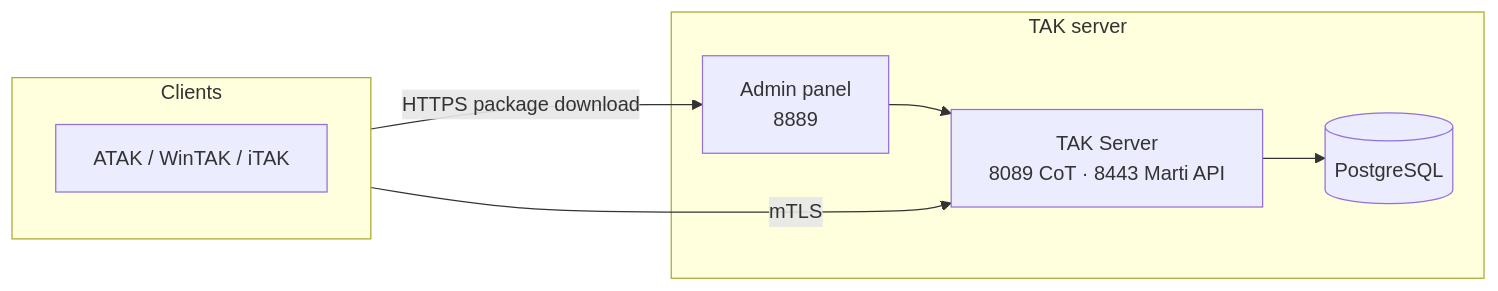
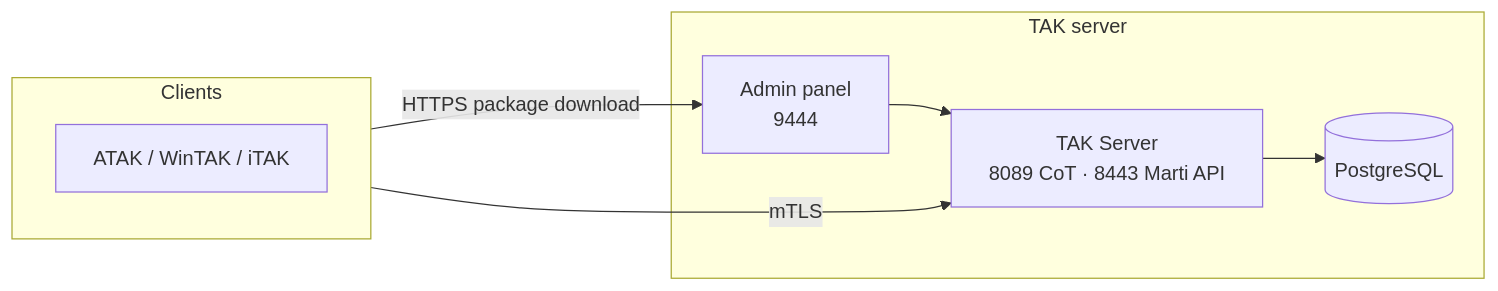
One commit to ndukve/TAK changed the diagram in docs/00-getting-started.md. Above: the diagram before and after it, drawn with Mermaid. The commit also changed 21 other files, not shown here.

````diff
--- a/docs/00-getting-started.md
+++ b/docs/00-getting-started.md
@@ -13,15 +13,15 @@
 ```mermaid
 flowchart LR
   subgraph clients [Clients]
     ATAK["ATAK / WinTAK / iTAK"]
   end
   subgraph server [TAK server]
     TAK["TAK Server\n8089 CoT · 8443 Marti API"]
-    Admin["Admin panel\n8889"]
+    Admin["Admin panel\n9444"]
     DB[("PostgreSQL")]
   end
   clients -->|mTLS| TAK
   clients -->|HTTPS package download| Admin
   TAK --> DB
   Admin --> TAK
 ```
````
